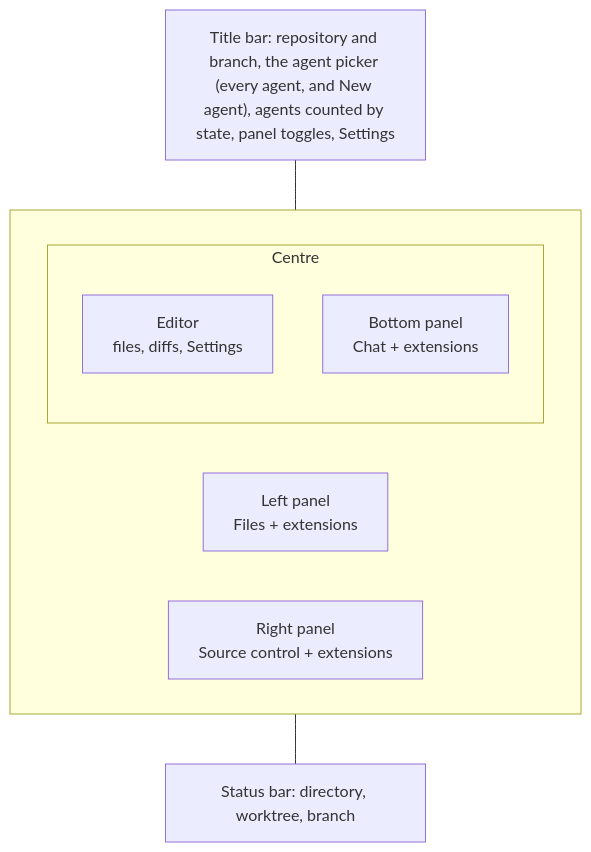
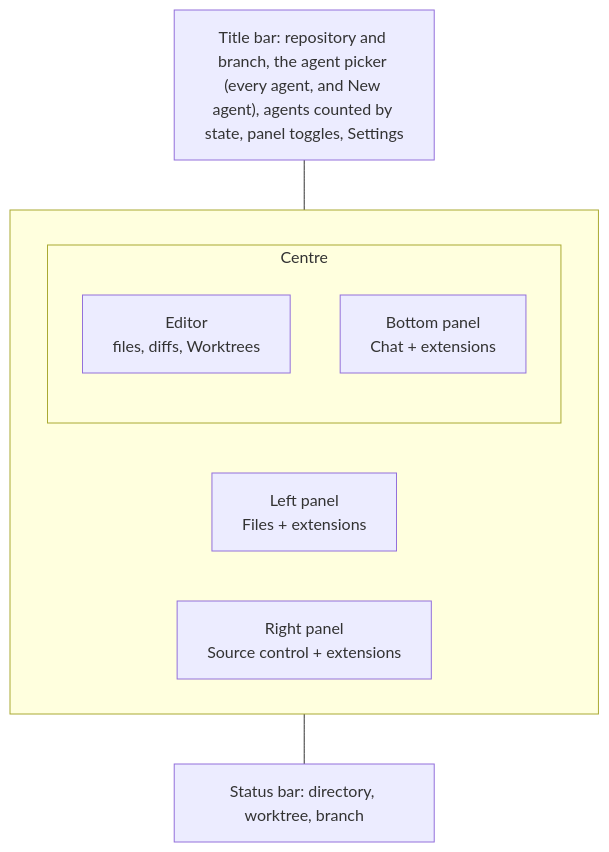
Before and after one commit to BradenTerry/Tog: the first of 4 diagrams in docs/workbench.md, drawn with Mermaid. The commit also changed other lines of this file and 12 other files, not shown here.

````diff
--- a/docs/workbench.md
+++ b/docs/workbench.md
@@ -10,17 +10,17 @@
 ```mermaid
 flowchart TB
     T["Title bar: repository and branch, the agent picker (every agent, and New agent), agents counted by state, panel toggles, Settings"]
     subgraph W[" "]
         direction LR
         L["Left panel<br/>Files + extensions"]
         subgraph C["Centre"]
             direction TB
-            E["Editor<br/>files, diffs, Settings"]
+            E["Editor<br/>files, diffs, Worktrees"]
             B["Bottom panel<br/>Chat + extensions"]
         end
         R["Right panel<br/>Source control + extensions"]
     end
     S["Status bar: directory, worktree, branch"]
     T --- W
     W --- S
 ```
````
